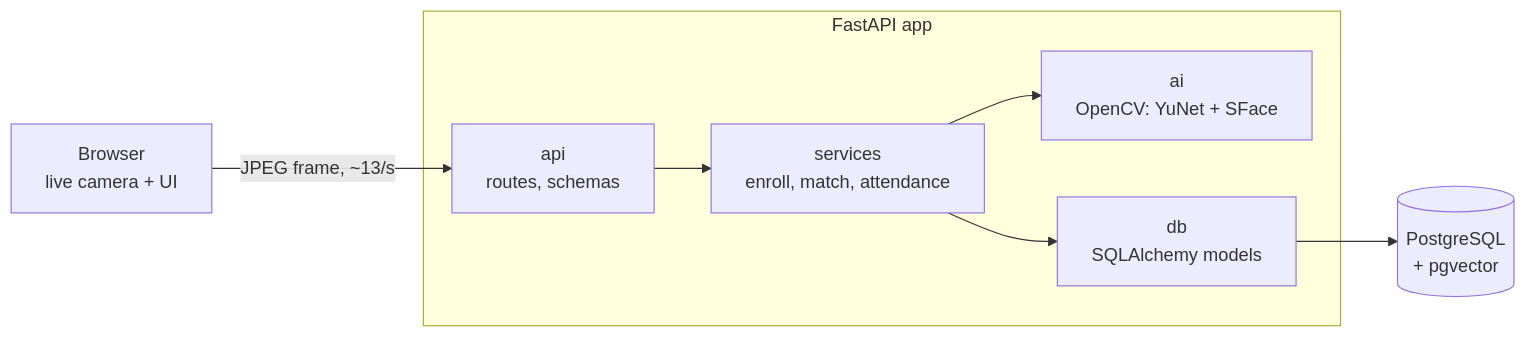
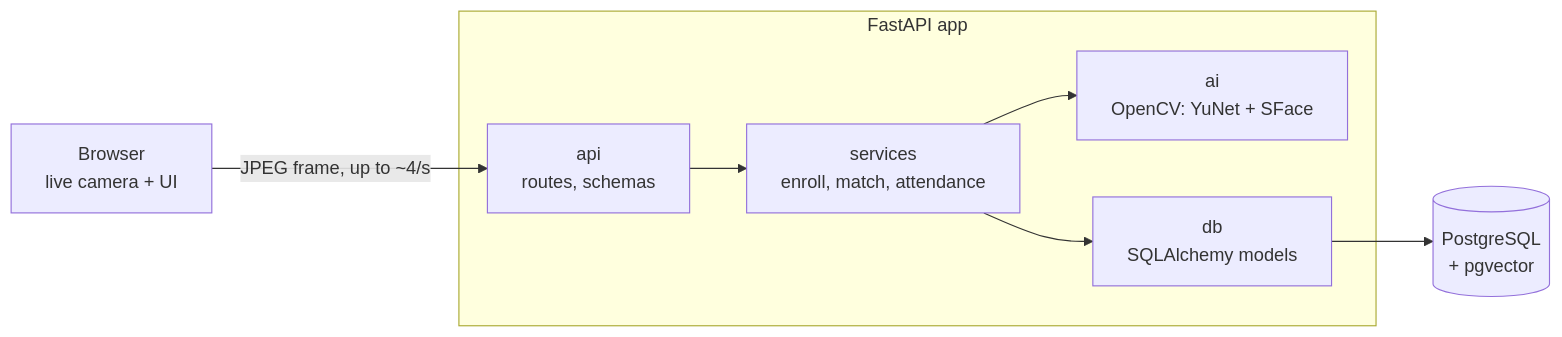
The diagram in README.md (YusufMysara/face-attendance), drawn with Mermaid before and after one commit. The commit also changed other lines of this file and 8 other files, not shown here.

````diff
--- a/README.md
+++ b/README.md
@@ -42,10 +42,10 @@
 ```mermaid
 flowchart LR
-    Browser["Browser<br/>live camera + UI"] -- "JPEG frame, ~13/s" --> API
+    Browser["Browser<br/>live camera + UI"] -- "JPEG frame, up to ~4/s" --> API
     subgraph App["FastAPI app"]
         API["api<br/>routes, schemas"] --> Services["services<br/>enroll, match, attendance"]
         Services --> AI["ai<br/>OpenCV: YuNet + SFace"]
         Services --> DB["db<br/>SQLAlchemy models"]
     end
     DB --> PG[("PostgreSQL<br/>+ pgvector")]
 ```
````
